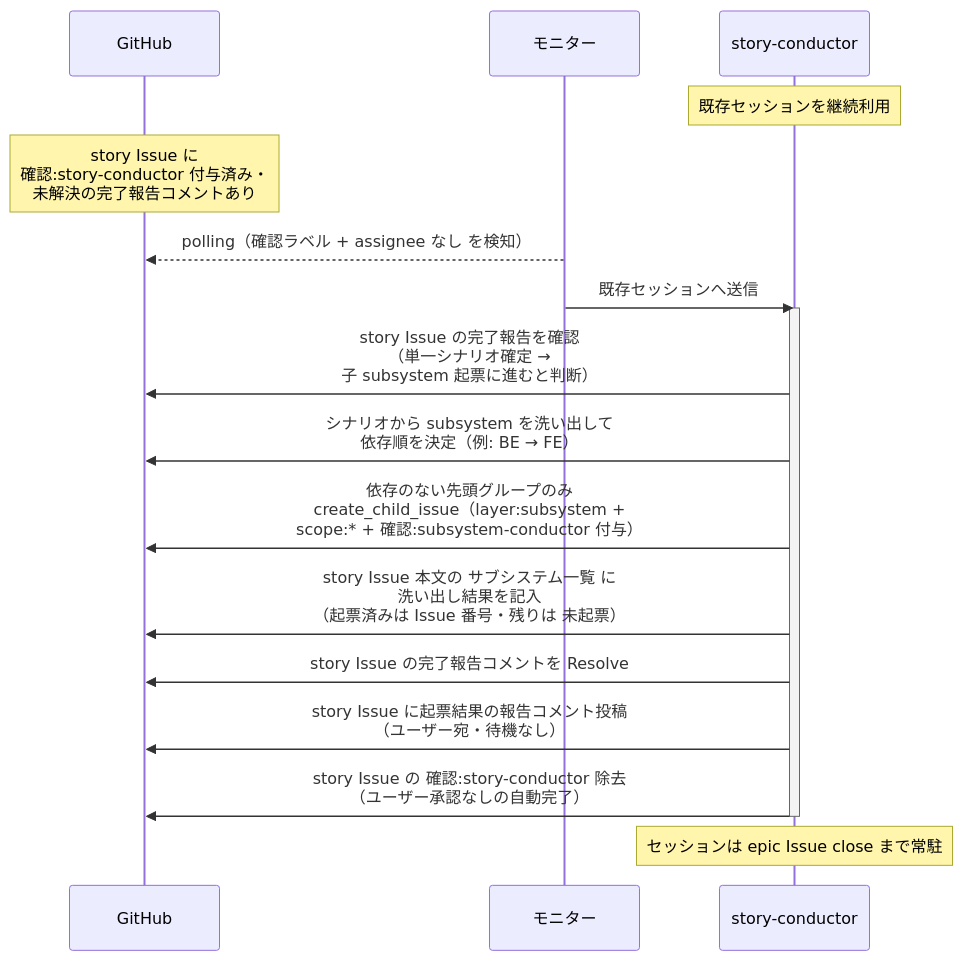
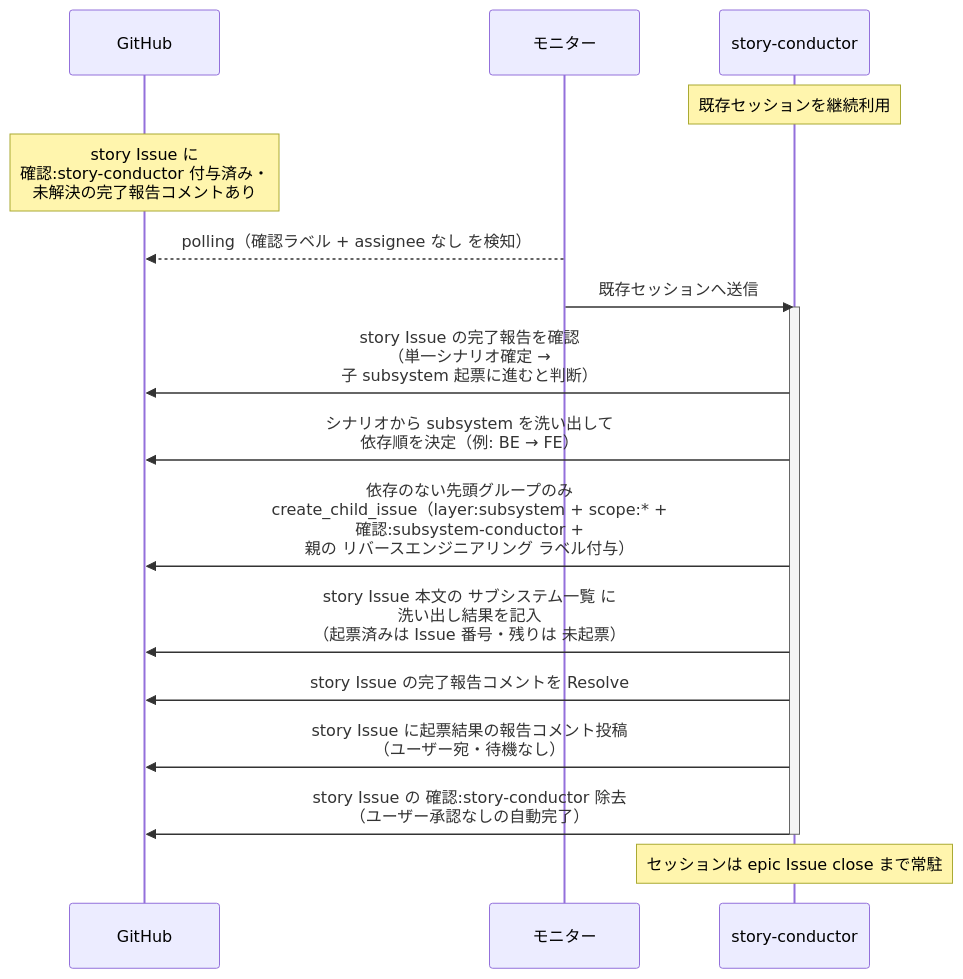
One commit to shuhei1101/ai-monitor changed the first of 2 diagrams in docs/wiki/設計図/シナリオ/単一ユースケース/子subsystem起票.md. Above: the diagram before and after it, drawn with Mermaid. The commit also changed other lines of this file and 162 other files, not shown here.

````diff
--- a/docs/wiki/設計図/シナリオ/単一ユースケース/子subsystem起票.md
+++ b/docs/wiki/設計図/シナリオ/単一ユースケース/子subsystem起票.md
@@ -28,21 +28,21 @@
 ```mermaid
 sequenceDiagram
   participant GH as GitHub
   participant ORC as モニター
   participant MON as story-conductor
 
   Note over MON: 既存セッションを継続利用
   Note over GH: story Issue に<br>確認:story-conductor 付与済み・<br>未解決の完了報告コメントあり
   ORC-->>GH: polling（確認ラベル + assignee なし を検知）
   ORC->>MON: 既存セッションへ送信
   activate MON
   MON->>GH: story Issue の完了報告を確認<br>（単一シナリオ確定 →<br>子 subsystem 起票に進むと判断）
   MON->>GH: シナリオから subsystem を洗い出して<br>依存順を決定（例: BE → FE）
-  MON->>GH: 依存のない先頭グループのみ<br>create_child_issue（layer:subsystem +<br>scope:* + 確認:subsystem-conductor 付与）
+  MON->>GH: 依存のない先頭グループのみ<br>create_child_issue（layer:subsystem + scope:* +<br>確認:subsystem-conductor +<br>親の リバースエンジニアリング ラベル付与）
   MON->>GH: story Issue 本文の サブシステム一覧 に<br>洗い出し結果を記入<br>（起票済みは Issue 番号・残りは 未起票）
   MON->>GH: story Issue の完了報告コメントを Resolve
   MON->>GH: story Issue に起票結果の報告コメント投稿<br>（ユーザー宛・待機なし）
   MON->>GH: story Issue の 確認:story-conductor 除去<br>（ユーザー承認なしの自動完了）
   deactivate MON
   Note over MON: セッションは epic Issue close まで常駐
 ```
````
